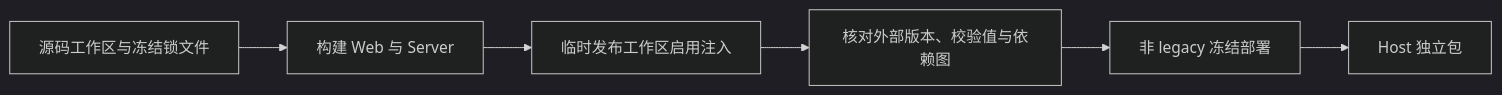
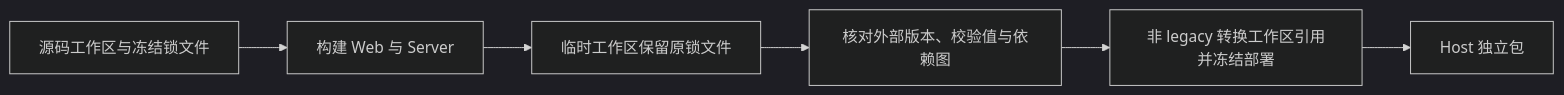
One commit to xidongdong-153/Pi-meme changed the first of 2 diagrams in docs/releasing.md. Above: the diagram before and after it, drawn with Mermaid. The commit also changed other lines of this file and 2 other files, not shown here.

Commit message:
fix(release): 保留源锁文件并冻结部署 Host

````diff
--- a/docs/releasing.md
+++ b/docs/releasing.md
@@ -63,9 +63,9 @@
 ```mermaid
 %%{init: {"theme": "dark"}}%%
 flowchart LR
   Source["源码工作区与冻结锁文件"] --> Build["构建 Web 与 Server"]
-  Build --> Stage["临时发布工作区启用注入"]
+  Build --> Stage["临时工作区保留原锁文件"]
   Stage --> Verify["核对外部版本、校验值与依赖图"]
-  Verify --> Deploy["非 legacy 冻结部署"]
+  Verify --> Deploy["非 legacy 转换工作区引用并冻结部署"]
   Deploy --> Host["Host 独立包"]
 ```
````
